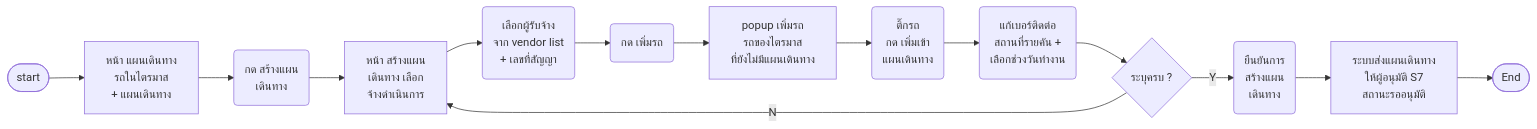
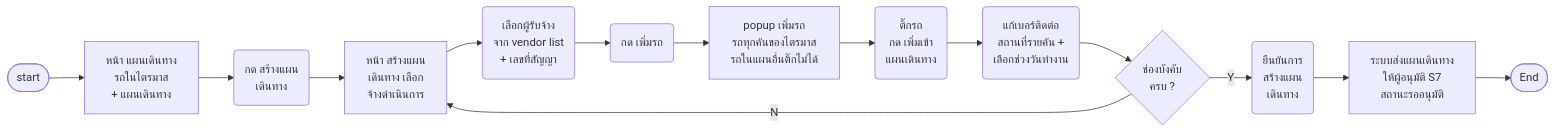
The seventh of 21 diagrams in Diagram/01-บำรุงรักษาตามวาระ/14-บำรุงรักษา-userflow.md (anugmail/Maintenance-Request-Form), drawn with Mermaid before and after one commit. The commit also changed other lines of this file and 52 other files, not shown here.

````diff
--- a/Diagram/01-บำรุงรักษาตามวาระ/14-บำรุงรักษา-userflow.md
+++ b/Diagram/01-บำรุงรักษาตามวาระ/14-บำรุงรักษา-userflow.md
@@ -382,17 +474,17 @@
 ```mermaid
 flowchart LR
     S([start]) --> D1["หน้า แผนเดินทาง<br/>รถในไตรมาส<br/>+ แผนเดินทาง"]
     D1 --> A1("กด สร้างแผน<br/>เดินทาง")
     A1 --> D2["หน้า สร้างแผน<br/>เดินทาง เลือก<br/>จ้างดำเนินการ"]
     D2 --> A3("เลือกผู้รับจ้าง<br/>จาก vendor list<br/>+ เลขที่สัญญา")
     A3 --> A2("กด เพิ่มรถ")
-    A2 --> D5["popup เพิ่มรถ<br/>รถของไตรมาส<br/>ที่ยังไม่มีแผนเดินทาง"]
+    A2 --> D5["popup เพิ่มรถ<br/>รถทุกคันของไตรมาส<br/>รถในแผนอื่นติ๊กไม่ได้"]
     D5 --> A4("ติ๊กรถ<br/>กด เพิ่มเข้า<br/>แผนเดินทาง")
     A4 --> A5("แก้เบอร์ติดต่อ<br/>สถานที่รายคัน +<br/>เลือกช่วงวันทำงาน")
-    A5 --> Q1{"ระบุครบ ?"}
+    A5 --> Q1{"ช่องบังคับ<br/>ครบ ?"}
     Q1 -->|N| D2
     Q1 -->|Y| A6("ยืนยันการ<br/>สร้างแผน<br/>เดินทาง")
     A6 --> D3["ระบบส่งแผนเดินทาง<br/>ให้ผู้อนุมัติ S7<br/>สถานะรออนุมัติ"]
     D3 --> E([End])
     %% Q: A3 | Q46 ❓ vendor list มาจากไหน (ทะเบียนผู้รับจ้างของ กฟภ. หรือ กบค. เพิ่มเอง) · กรองตามประเภทรถไหม · เลขที่สัญญาบังคับไหม
 ```
````
